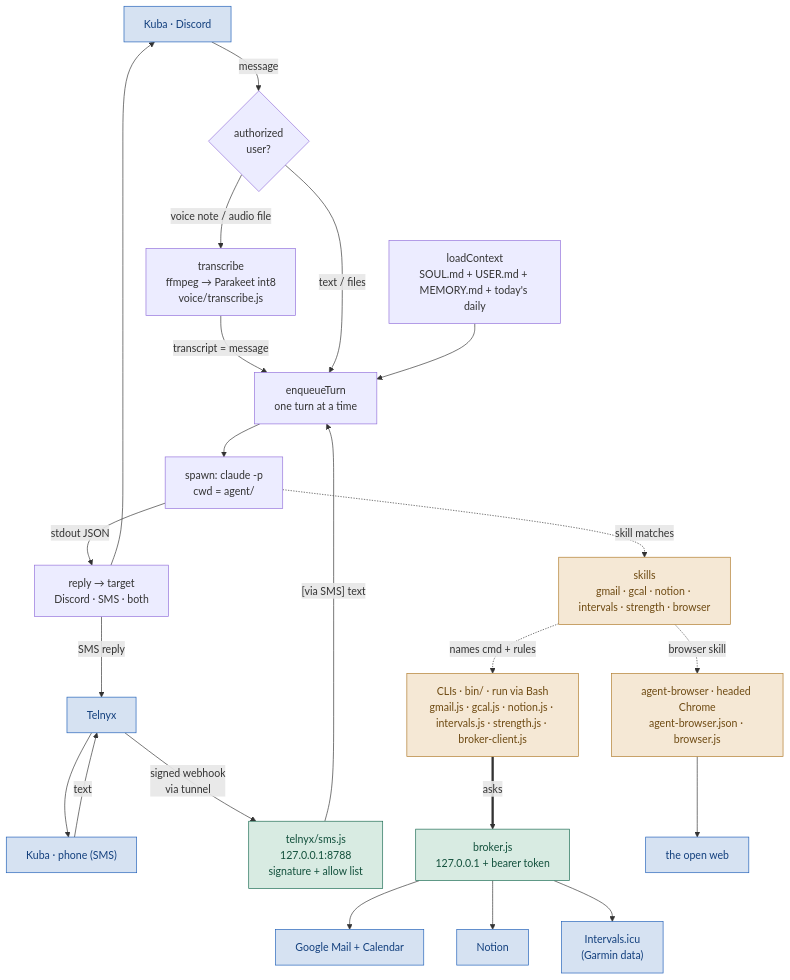
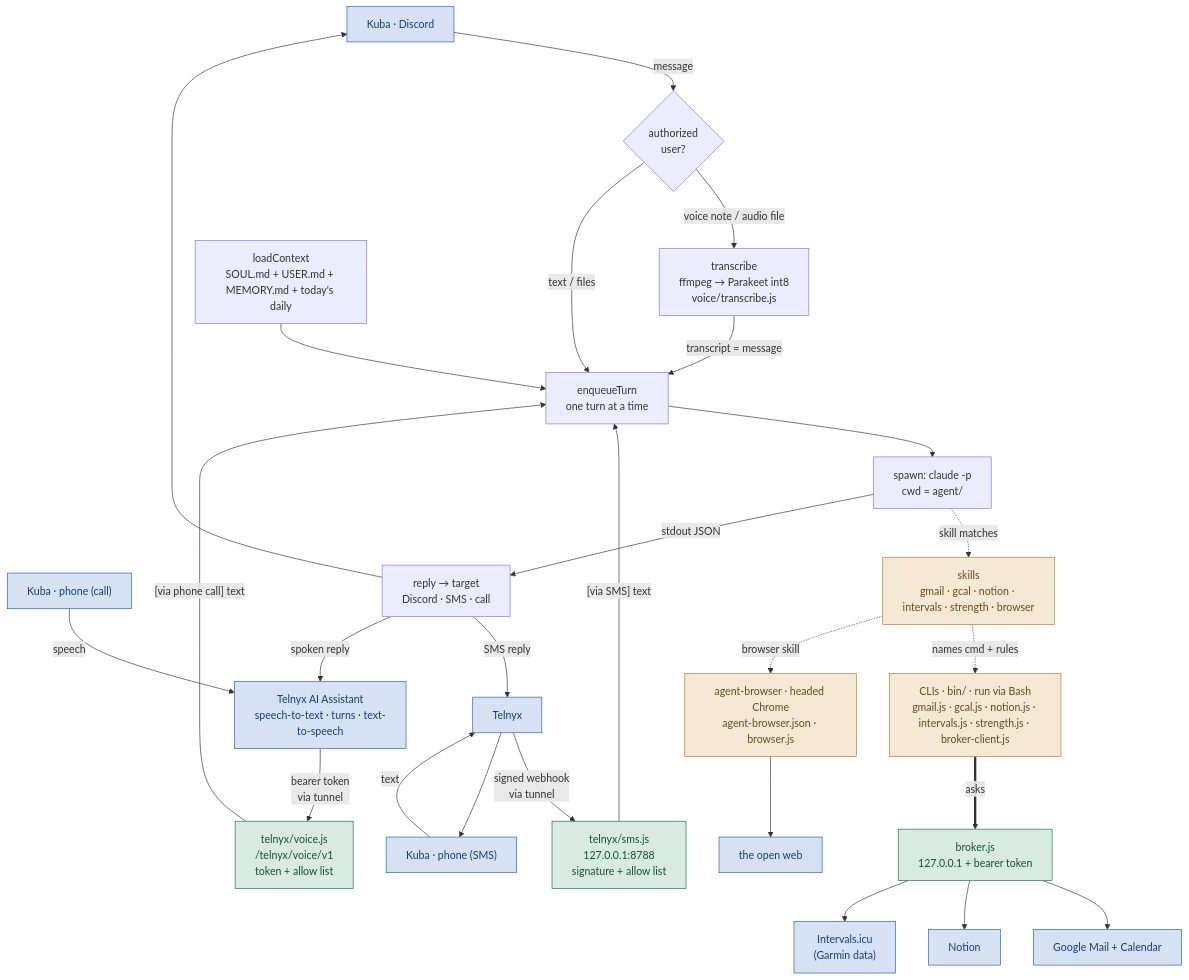
The first of 6 diagrams in SYSTEM-MAP.md (KubaJerz/alfred-node), drawn with Mermaid before and after one commit. The commit also changed other lines of this file and 11 other files, not shown here.

First line of the commit message:
feat: answer phone calls through a Telnyx AI Assistant

````diff
--- a/SYSTEM-MAP.md
+++ b/SYSTEM-MAP.md
@@ -57,30 +57,34 @@
 ```mermaid
 flowchart TD
     U["Kuba · Discord"] -->|message| GATE{"authorized<br/>user?"}
     GATE -->|"voice note / audio file"| TR["transcribe<br/>ffmpeg → Parakeet int8<br/>voice/transcribe.js"]
     TR -->|"transcript = message"| Q
     GATE -->|"text / files"| Q["enqueueTurn<br/>one turn at a time"]
     PH["Kuba · phone (SMS)"] -->|text| TX["Telnyx"]
     TX -->|"signed webhook<br/>via tunnel"| WH["telnyx/sms.js<br/>127.0.0.1:8788<br/>signature + allow list"]
     WH -->|"[via SMS] text"| Q
+    CALL["Kuba · phone (call)"] -->|speech| VA["Telnyx AI Assistant<br/>speech-to-text · turns · text-to-speech"]
+    VA -->|"bearer token<br/>via tunnel"| VR["telnyx/voice.js<br/>/telnyx/voice/v1<br/>token + allow list"]
+    VR -->|"[via phone call] text"| Q
     CTX["loadContext<br/>SOUL.md + USER.md + MEMORY.md + today's daily"] --> Q
     Q --> SPAWN["spawn: claude -p<br/>cwd = agent/"]
     SPAWN -.->|"skill matches"| SK["skills<br/>gmail · gcal · notion · intervals · strength · browser"]
     SK -.->|"names cmd + rules"| CLIS["CLIs · bin/ · run via Bash<br/>gmail.js · gcal.js · notion.js · intervals.js · strength.js · broker-client.js"]
     CLIS ==>|"asks"| BR["broker.js<br/>127.0.0.1 + bearer token"]
     BR --> G["Google Mail + Calendar"]
     BR --> N["Notion"]
     BR --> I["Intervals.icu<br/>(Garmin data)"]
     SK -.->|"browser skill"| AB["agent-browser · headed Chrome<br/>agent-browser.json · browser.js"]
     AB --> WEB["the open web"]
-    SPAWN -->|"stdout JSON"| R["reply → target<br/>Discord · SMS · both"]
+    SPAWN -->|"stdout JSON"| R["reply → target<br/>Discord · SMS · call"]
     R --> U
     R -->|"SMS reply"| TX
+    R -->|"spoken reply"| VA
     TX --> PH
     classDef external fill:#d6e2f2,stroke:#1f5fb8,color:#123f7d
     classDef gateway fill:#d8ebe2,stroke:#1b6b52,color:#12503c
     classDef stack fill:#f5e8d5,stroke:#b07a2a,color:#6e4a12
-    class U,G,N,I,WEB,PH,TX external
-    class BR,WH gateway
+    class U,G,N,I,WEB,PH,TX,CALL,VA external
+    class BR,WH,VR gateway
     class SK,CLIS,AB stack
 ```
````
